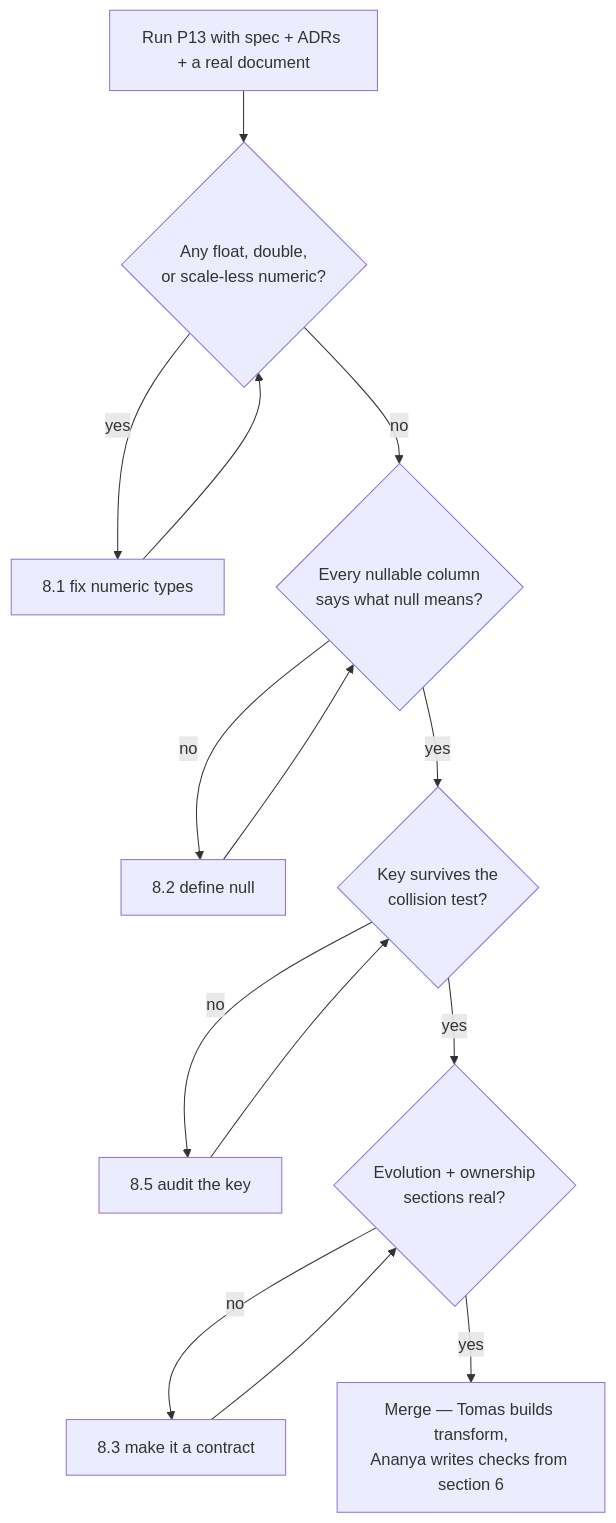
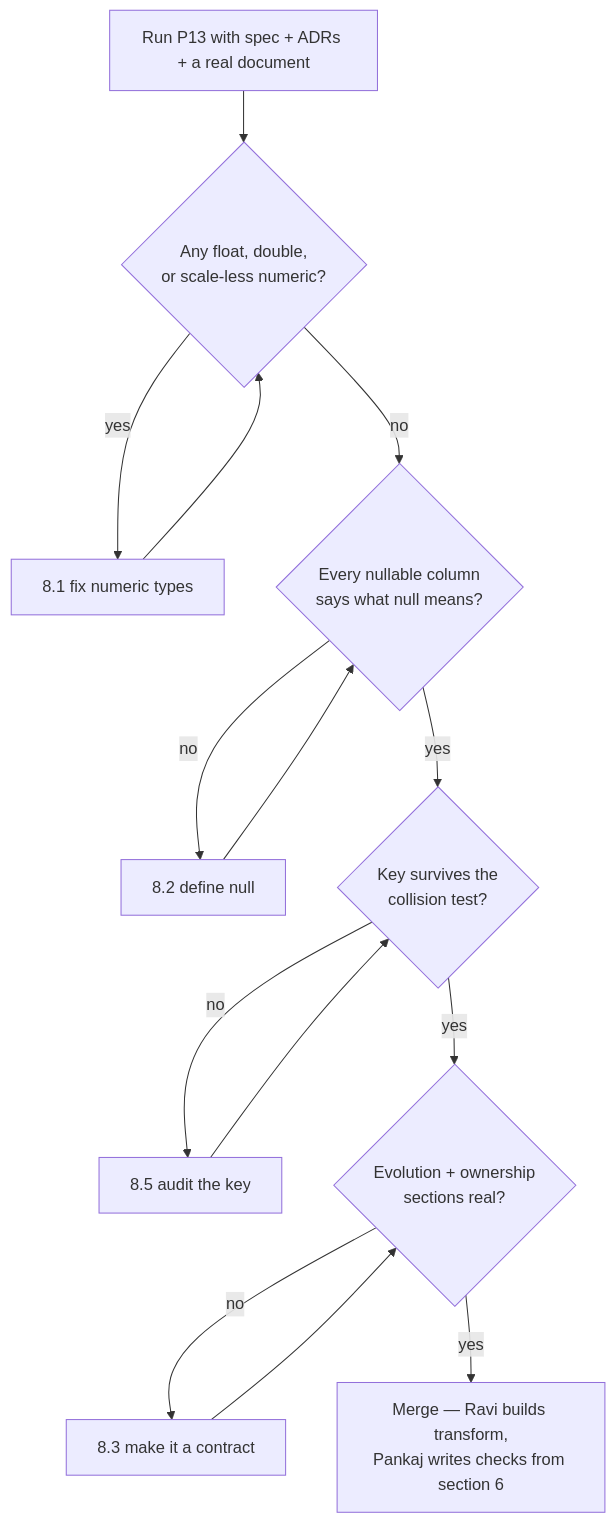
One commit to hemsingh81/learning-system-designs changed the diagram in AI-Agile-Development/AI-Prompts-Library/phase-2-design/P13-design-the-data-contract.md. Above: the diagram before and after it, drawn with Mermaid. The commit also changed other lines of this file and 99 other files, not shown here.

````diff
--- a/AI-Agile-Development/AI-Prompts-Library/phase-2-design/P13-design-the-data-contract.md
+++ b/AI-Agile-Development/AI-Prompts-Library/phase-2-design/P13-design-the-data-contract.md
@@ -793,16 +793,16 @@
 ```mermaid
 flowchart TD
     A[Run P13 with spec + ADRs + a real document] --> B{Any float, double,<br/>or scale-less numeric?}
     B -- yes --> C[8.1 fix numeric types]
     C --> B
     B -- no --> D{Every nullable column<br/>says what null means?}
     D -- no --> E[8.2 define null]
     E --> D
     D -- yes --> F{Key survives the<br/>collision test?}
     F -- no --> G[8.5 audit the key]
     G --> F
     F -- yes --> H{Evolution + ownership<br/>sections real?}
     H -- no --> I[8.3 make it a contract]
     I --> H
-    H -- yes --> J[Merge — Tomas builds transform,<br/>Ananya writes checks from section 6]
+    H -- yes --> J[Merge — Ravi builds transform,<br/>Pankaj writes checks from section 6]
 ```
````
